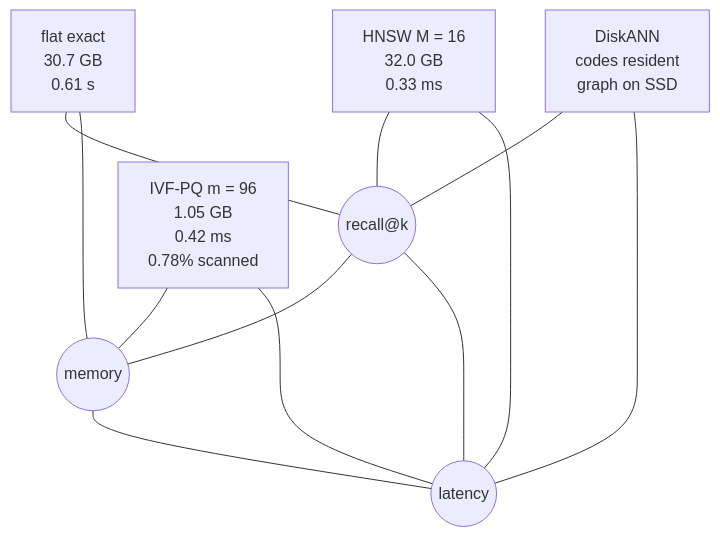
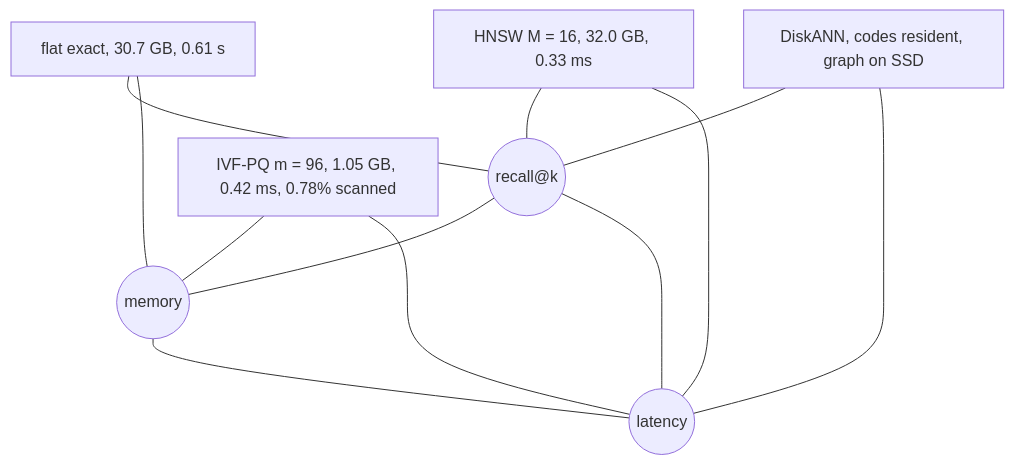
Before and after one commit to arunshar/rag-interview-chapters: the third of 3 diagrams in chapters/15_approximate_nearest_neighbor_search.md, drawn with Mermaid. The commit also changed other lines of this file and 132 other files, not shown here.

````diff
--- a/chapters/15_approximate_nearest_neighbor_search.md
+++ b/chapters/15_approximate_nearest_neighbor_search.md
@@ -781,17 +470,17 @@
 ```mermaid
 flowchart TB
   R(("recall@k"))
   M((memory))
   L((latency))
   R --- M
   R --- L
   M --- L
-  F["flat exact\n30.7 GB\n0.61 s"] --- R
+  F["flat exact, 30.7 GB, 0.61 s"] --- R
   F --- M
-  H["HNSW M = 16\n32.0 GB\n0.33 ms"] --- R
+  H["HNSW M = 16, 32.0 GB, 0.33 ms"] --- R
   H --- L
-  I["IVF-PQ m = 96\n1.05 GB\n0.42 ms\n0.78% scanned"] --- M
+  I["IVF-PQ m = 96, 1.05 GB, 0.42 ms, 0.78% scanned"] --- M
   I --- L
-  D["DiskANN\ncodes resident\ngraph on SSD"] --- R
+  D["DiskANN, codes resident, graph on SSD"] --- R
   D --- L
 ```
````
